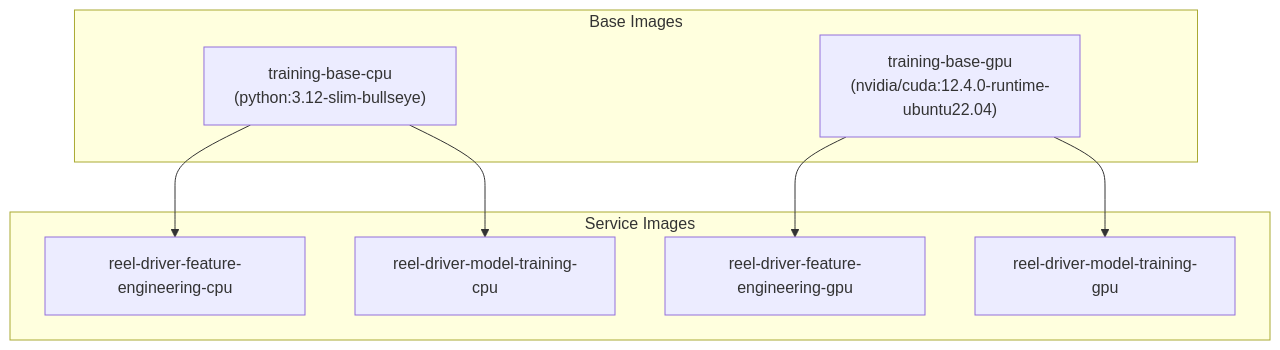
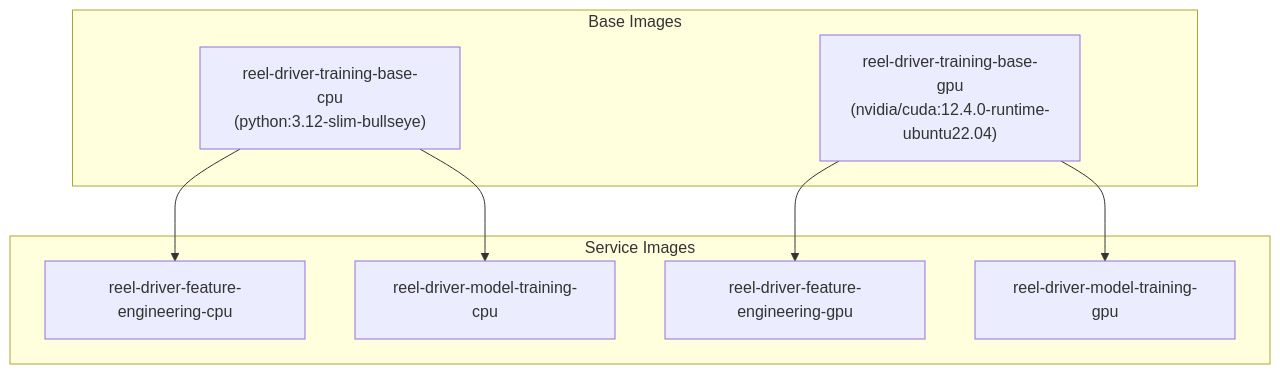
Before and after one commit to x81k25/reel-driver: the first of 6 diagrams in docs/CPU-v-GPU.md, drawn with Mermaid. The commit also changed 6 other files, not shown here.

First line of the commit message:
Rename base images to reel-driver-training-base-cpu/gpu for consistency

````diff
--- a/docs/CPU-v-GPU.md
+++ b/docs/CPU-v-GPU.md
@@ -7,19 +7,19 @@
 ```mermaid
 flowchart TB
     subgraph base["Base Images"]
-        cpu_base["training-base-cpu<br/>(python:3.12-slim-bullseye)"]
-        gpu_base["training-base-gpu<br/>(nvidia/cuda:12.4.0-runtime-ubuntu22.04)"]
+        cpu_base["reel-driver-training-base-cpu<br/>(python:3.12-slim-bullseye)"]
+        gpu_base["reel-driver-training-base-gpu<br/>(nvidia/cuda:12.4.0-runtime-ubuntu22.04)"]
     end
 
     subgraph services["Service Images"]
         fe_cpu["reel-driver-feature-engineering-cpu"]
         fe_gpu["reel-driver-feature-engineering-gpu"]
         mt_cpu["reel-driver-model-training-cpu"]
         mt_gpu["reel-driver-model-training-gpu"]
     end
 
     cpu_base --> fe_cpu
     cpu_base --> mt_cpu
     gpu_base --> fe_gpu
     gpu_base --> mt_gpu
 ```
````
